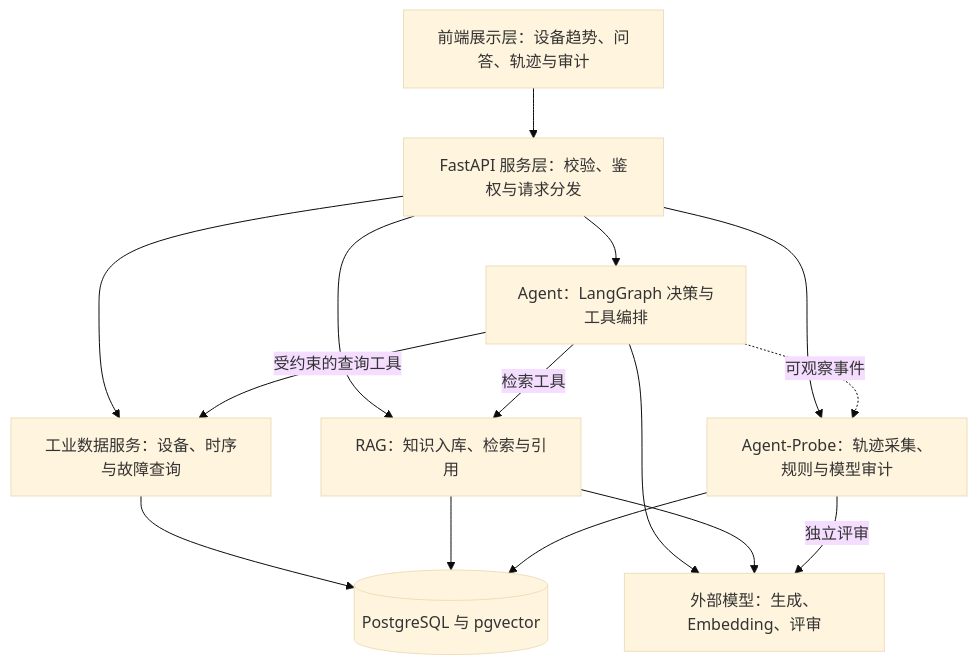
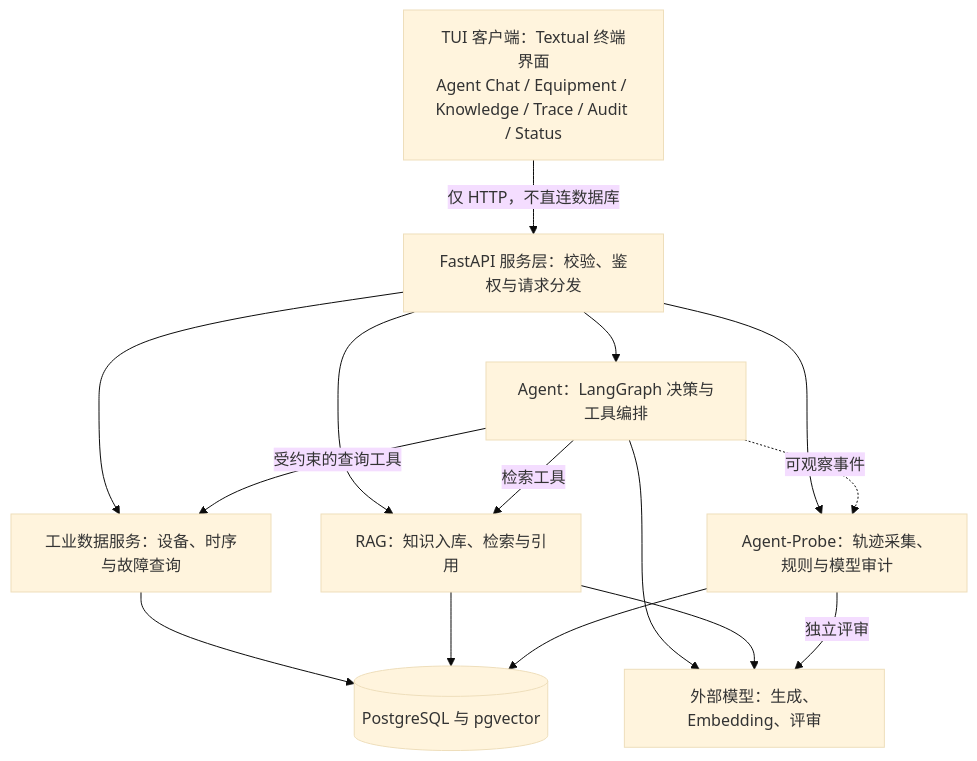
Before and after one commit to lucien-lab/industrial-agent-audit: the first of 2 diagrams in docs/architecture.md, drawn with Mermaid (base theme). The commit also changed other lines of this file and 44 other files, not shown here.

Commit message:
feat: Phase 5 TUI 客户端 + 部署/演示文档（8 页面终端界面、测试与截图）

````diff
--- a/docs/architecture.md
+++ b/docs/architecture.md
@@ -38,25 +40,25 @@
 ```mermaid
 flowchart TB
-    UI[前端展示层：设备趋势、问答、轨迹与审计]
+    UI[TUI 客户端：Textual 终端界面\nAgent Chat / Equipment / Knowledge / Trace / Audit / Status]
     API[FastAPI 服务层：校验、鉴权与请求分发]
     AG[Agent：LangGraph 决策与工具编排]
     RAG[RAG：知识入库、检索与引用]
     DATA[工业数据服务：设备、时序与故障查询]
     PROBE[Agent-Probe：轨迹采集、规则与模型审计]
     AI[外部模型：生成、Embedding、评审]
     PG[(PostgreSQL 与 pgvector)]
-    UI --> API
+    UI -->|仅 HTTP，不直连数据库| API
     API --> AG
     API --> DATA
     API --> RAG
     API --> PROBE
     AG -->|受约束的查询工具| DATA
     AG -->|检索工具| RAG
     AG -.->|可观察事件| PROBE
     AG --> AI
     RAG --> AI
     PROBE -->|独立评审| AI
     DATA --> PG
     RAG --> PG
     PROBE --> PG
 ```
````
